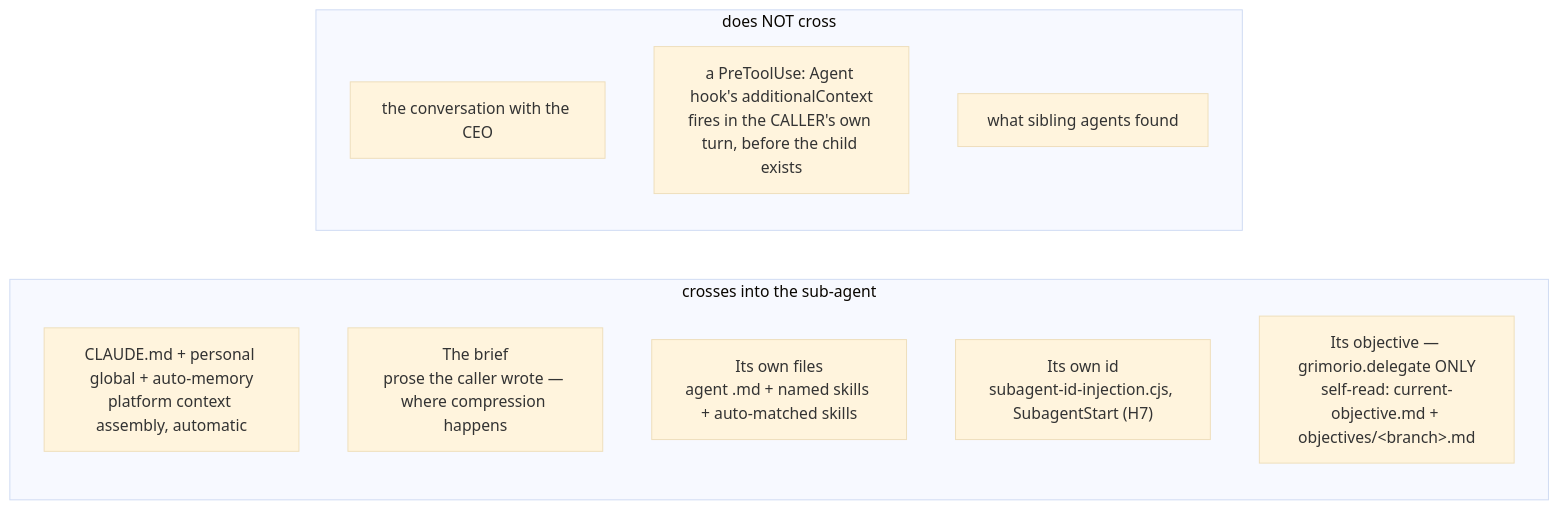
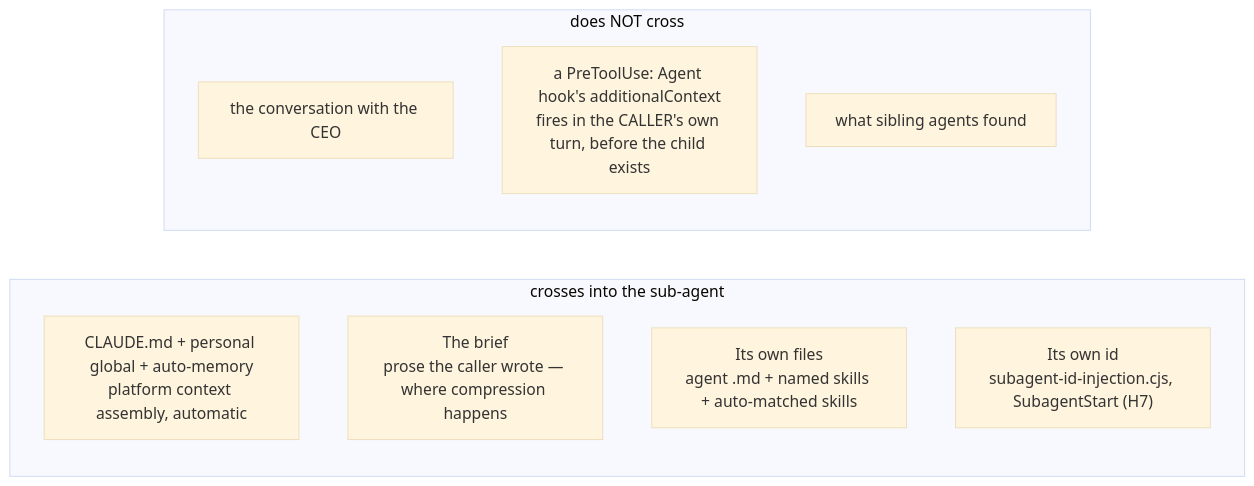
One commit to Wilman2612/grimorio-agents changed the second of 4 diagrams in .grimorio/GRIMORIO-CHAIN.md. Above: the diagram before and after it, drawn with Mermaid (base theme). The commit also changed other lines of this file and 14 other files, not shown here.

````diff
--- a/.grimorio/GRIMORIO-CHAIN.md
+++ b/.grimorio/GRIMORIO-CHAIN.md
@@ -67,17 +67,16 @@
 ```mermaid
 flowchart LR
     subgraph X["crosses into the sub-agent"]
         direction TB
         Z["CLAUDE.md + personal global + auto-memory<br/>platform context assembly, automatic"]
         A["The brief<br/>prose the caller wrote — where compression happens"]
         C["Its own files<br/>agent .md + named skills + auto-matched skills"]
         D["Its own id<br/>subagent-id-injection.cjs, SubagentStart (H7)"]
-        E["Its objective — grimorio.delegate ONLY<br/>self-read: current-objective.md + objectives/&lt;branch&gt;.md"]
     end
     subgraph Y["does NOT cross"]
         direction TB
         F["the conversation with the CEO"]
         G["a PreToolUse: Agent hook's additionalContext<br/>fires in the CALLER's own turn, before the child exists"]
         H["what sibling agents found"]
     end
 ```
````
